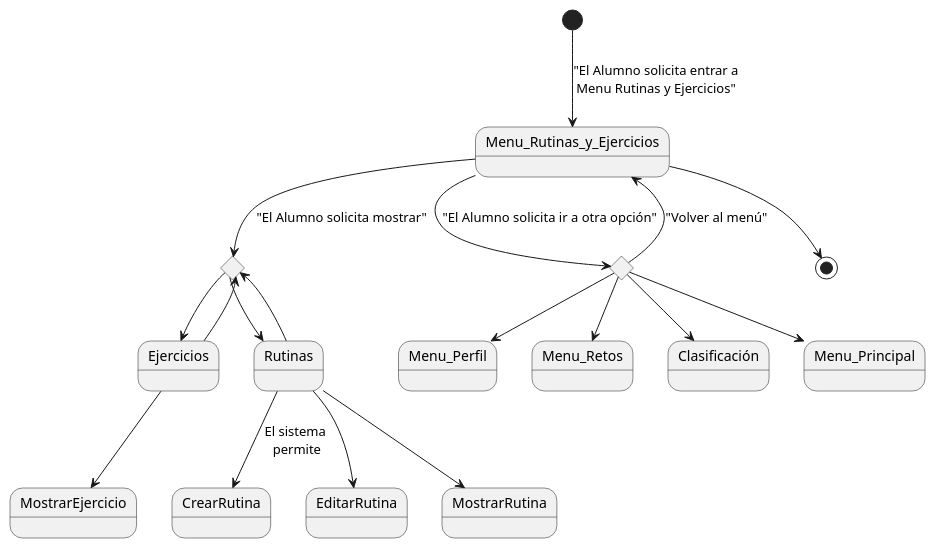
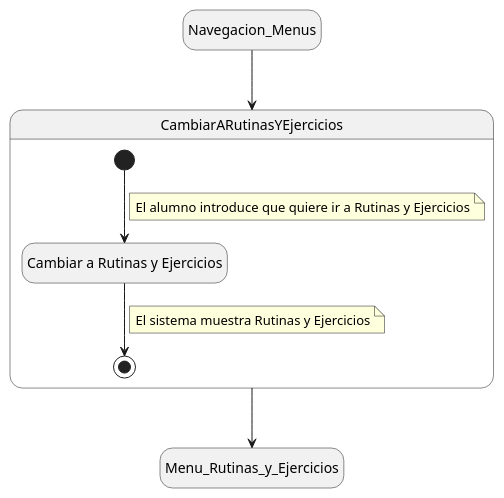
Before and after one commit to mmasias/24-25-IdSw1-SDR: the diagram in Documentos/DetallarCasosDeUso/Alumno/Menu_Rutinas_Alumno.puml, drawn with PlantUML.

```diff
--- a/Documentos/DetallarCasosDeUso/Alumno/Menu_Rutinas_Alumno.puml
+++ b/Documentos/DetallarCasosDeUso/Alumno/Menu_Rutinas_Alumno.puml
@@ -1,35 +1,21 @@
-@startuml
+@startuml CambiarARutinasYEjercicios
+hide empty description
+
+state Navegacion_Menus
 state Menu_Rutinas_y_Ejercicios
-state rombo1 <<choice>>
-state rombo2 <<choice>>
-state Ejercicios
-state Rutinas
-state CrearRutina
-state EditarRutina
-state Menu_Perfil
-state Menu_Retos
-state Clasificación
-state Menu_Principal
 
-[*] --> Menu_Rutinas_y_Ejercicios : "El Alumno solicita entrar a\nMenu Rutinas y Ejercicios"
+state CambiarARutinasYEjercicios{
+    state Cambiar as "Cambiar a Rutinas y Ejercicios"
+    [*] --> Cambiar
+    note on link
+        El alumno introduce que quiere ir a Rutinas y Ejercicios
+    end note
+    Cambiar --> [*]
+    note on link
+        El sistema muestra Rutinas y Ejercicios
+    end note
+}
 
-Menu_Rutinas_y_Ejercicios --> rombo1 : "El Alumno solicita mostrar"
-rombo1 --> Ejercicios
-Ejercicios --> rombo1
-
-
-Ejercicios --> MostrarEjercicio
-rombo1 --> Rutinas
-Rutinas --> CrearRutina: El sistema \npermite
-Rutinas --> MostrarRutina
-Rutinas --> EditarRutina
-Rutinas --> rombo1
-Menu_Rutinas_y_Ejercicios --> rombo2 : "El Alumno solicita ir a otra opción"
-rombo2 --> Menu_Perfil
-rombo2 --> Menu_Retos
-rombo2 --> Clasificación
-rombo2 --> Menu_Principal
-rombo2 --> Menu_Rutinas_y_Ejercicios : "Volver al menú"
-
-Menu_Rutinas_y_Ejercicios --> [*]
+Navegacion_Menus --> CambiarARutinasYEjercicios
+CambiarARutinasYEjercicios --> Menu_Rutinas_y_Ejercicios
 @enduml
```
